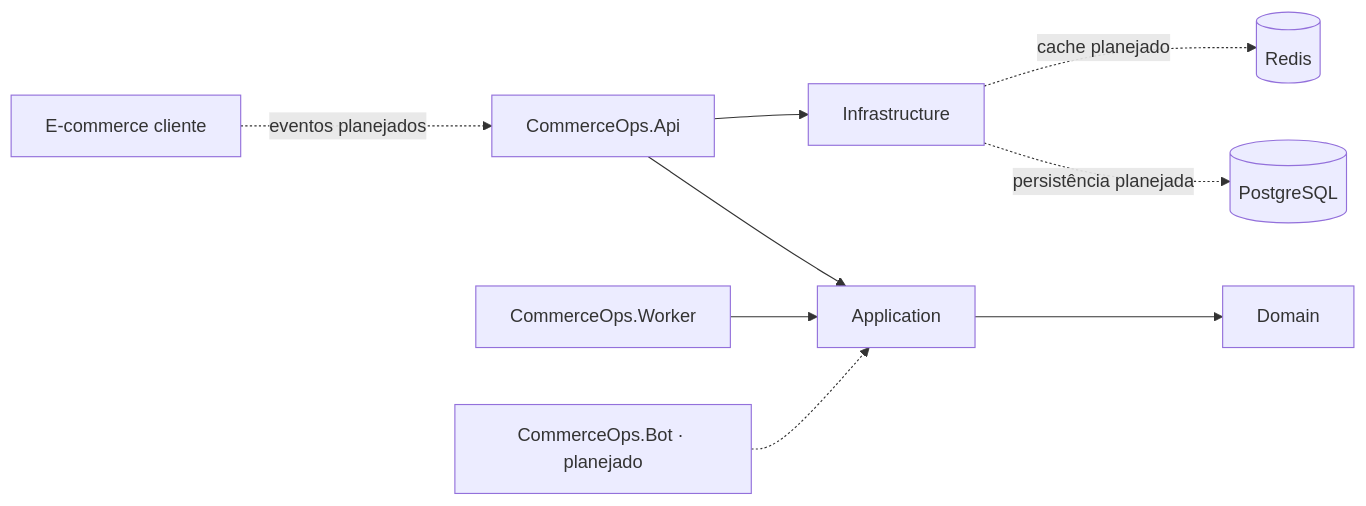
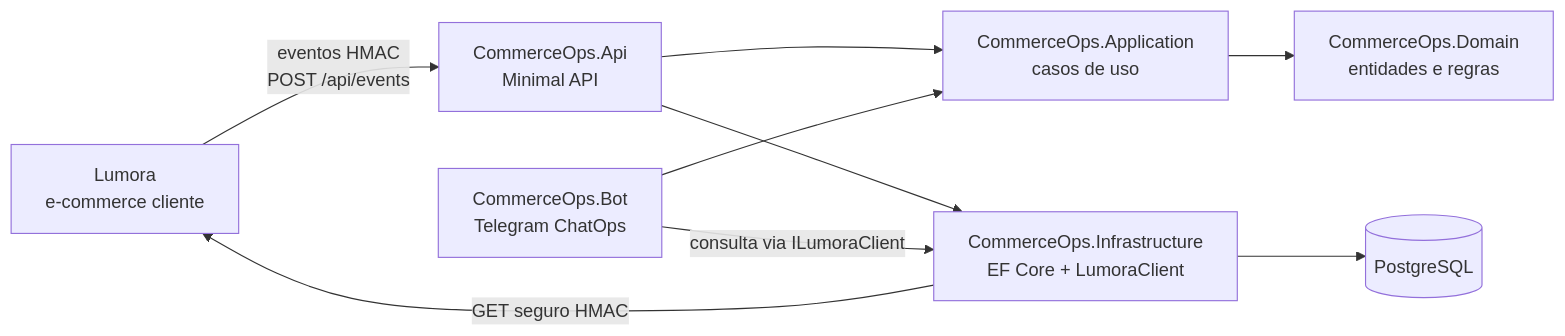
Before and after one commit to auhauhbr/commerceops-guard-bot: the diagram in README.md, drawn with Mermaid. The commit also changed other lines of this file and 1 other file, not shown here.

First line of the commit message:
feat: add Telegram order actions workflow (#7)

````diff
--- a/README.md
+++ b/README.md
@@ -71,11 +73,11 @@
 ```mermaid
 flowchart LR
-    Client["E-commerce cliente"] -. "eventos planejados" .-> API["CommerceOps.Api"]
-    API --> APP["Application"]
-    APP --> DOMAIN["Domain"]
-    API --> INFRA["Infrastructure"]
-    INFRA -. "persistência planejada" .-> PG[("PostgreSQL")]
-    INFRA -. "cache planejado" .-> REDIS[("Redis")]
-    WORKER["CommerceOps.Worker"] --> APP
-    BOT["CommerceOps.Bot · planejado"] -.-> APP
+    Lumora["Lumora<br/>e-commerce cliente"] -->|"eventos HMAC<br/>POST /api/events"| API["CommerceOps.Api<br/>Minimal API"]
+    API --> APP["CommerceOps.Application<br/>casos de uso"]
+    APP --> DOMAIN["CommerceOps.Domain<br/>entidades e regras"]
+    API --> INFRA["CommerceOps.Infrastructure<br/>EF Core + LumoraClient"]
+    INFRA --> PG[("PostgreSQL")]
+    BOT["CommerceOps.Bot<br/>Telegram ChatOps"] --> APP
+    BOT -->|"consulta via ILumoraClient"| INFRA
+    INFRA -->|"GET seguro HMAC"| Lumora
 ```
````
